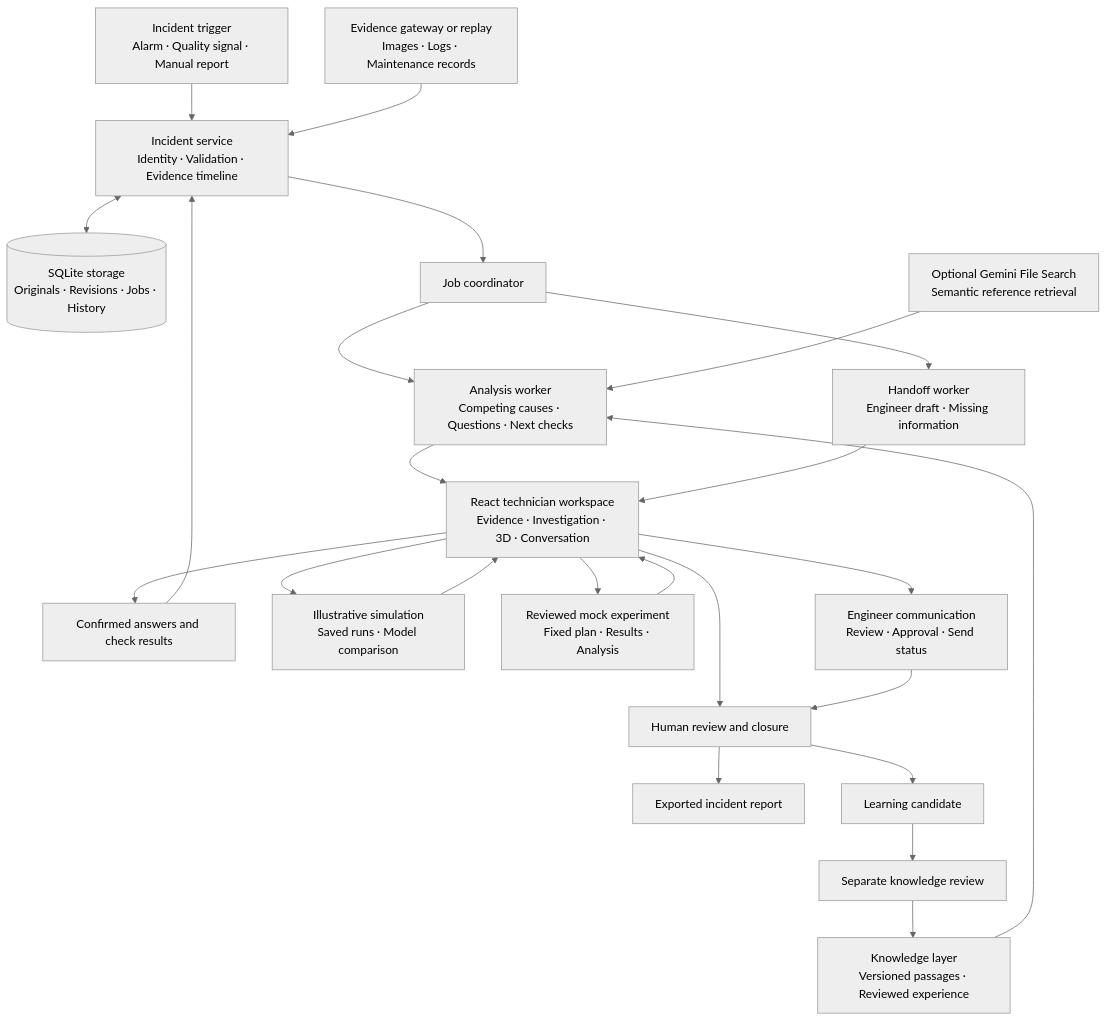
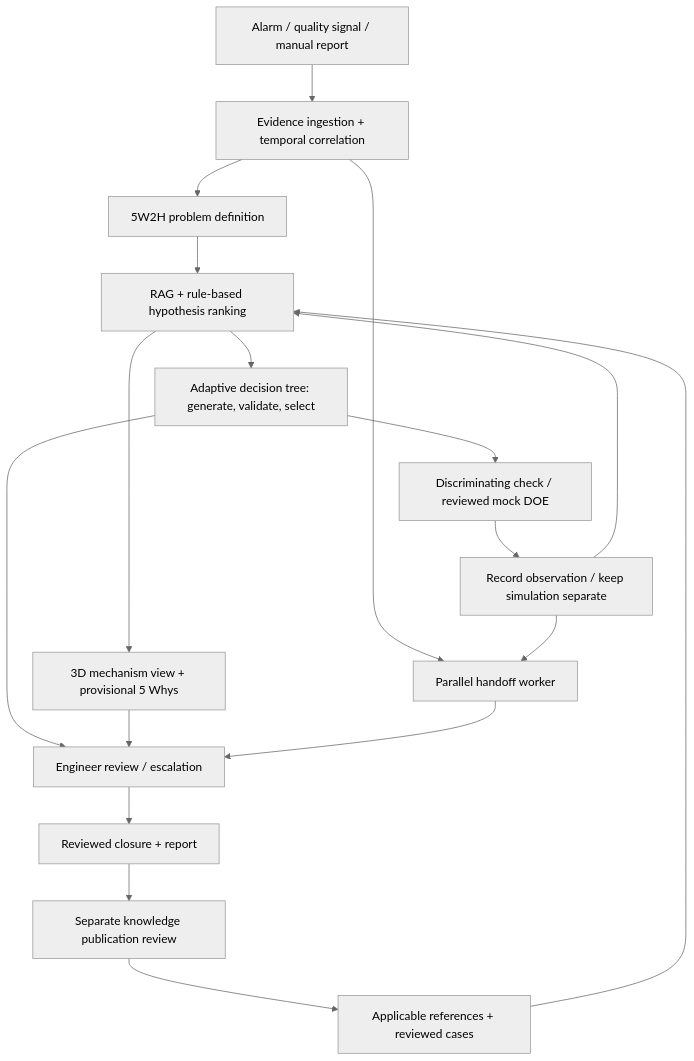
The diagram in docs/FLOWPILOT_POSTER_CONTENT.md (Bonk1211/FlowPilot), drawn with Mermaid (neutral theme) before and after one commit. The commit also changed other lines of this file and 14 other files, not shown here.

First line of the commit message:
feat(tests): enhance incident experiment agents tests with frame difference and assembly guide validation

````diff
--- a/docs/FLOWPILOT_POSTER_CONTENT.md
+++ b/docs/FLOWPILOT_POSTER_CONTENT.md
@@ -36,42 +190,20 @@
 ```mermaid
 flowchart TD
-    A["Incident trigger<br/>Alarm · Quality signal · Manual report"]
-    B["Evidence gateway or replay<br/>Images · Logs · Maintenance records"]
-    C["Incident service<br/>Identity · Validation · Evidence timeline"]
-    DB[("SQLite storage<br/>Originals · Revisions · Jobs · History")]
-    O["Job coordinator"]
-
-    A --> C
-    B --> C
-    C <--> DB
-    C --> O
-
-    O --> AN["Analysis worker<br/>Competing causes · Questions · Next checks"]
-    O --> HA["Handoff worker<br/>Engineer draft · Missing information"]
-
-    K["Knowledge layer<br/>Versioned passages · Reviewed experience"]
-    R["Optional Gemini File Search<br/>Semantic reference retrieval"]
-    K --> AN
-    R --> AN
-
-    AN --> UI["React technician workspace<br/>Evidence · Investigation · 3D · Conversation"]
-    HA --> UI
-
-    UI --> OBS["Confirmed answers and check results"]
-    OBS --> C
-
-    UI --> SIM["Illustrative simulation<br/>Saved runs · Model comparison"]
-    SIM --> UI
-
-    UI --> DOE["Reviewed mock experiment<br/>Fixed plan · Results · Analysis"]
-    DOE --> UI
-
-    UI --> COM["Engineer communication<br/>Review · Approval · Send status"]
-    UI --> REV["Human review and closure"]
-    COM --> REV
-
-    REV --> REP["Exported incident report"]
-    REV --> LEARN["Learning candidate"]
-    LEARN --> APPROVE["Separate knowledge review"]
-    APPROVE --> K
+    A["Alarm / quality signal / manual report"] --> B["Evidence ingestion + temporal correlation"]
+    B --> C["5W2H problem definition"]
+    K["Applicable references + reviewed cases"] --> D["RAG + rule-based hypothesis ranking"]
+    C --> D
+    D --> E["Adaptive decision tree: generate, validate, select"]
+    E --> F["Discriminating check / reviewed mock DOE"]
+    F --> G["Record observation / keep simulation separate"]
+    G --> D
+    D --> V["3D mechanism view + provisional 5 Whys"]
+    B --> H["Parallel handoff worker"]
+    G --> H
+    E --> R["Engineer review / escalation"]
+    V --> R
+    H --> R
+    R --> L["Reviewed closure + report"]
+    L --> P["Separate knowledge publication review"]
+    P --> K
 ```
````
